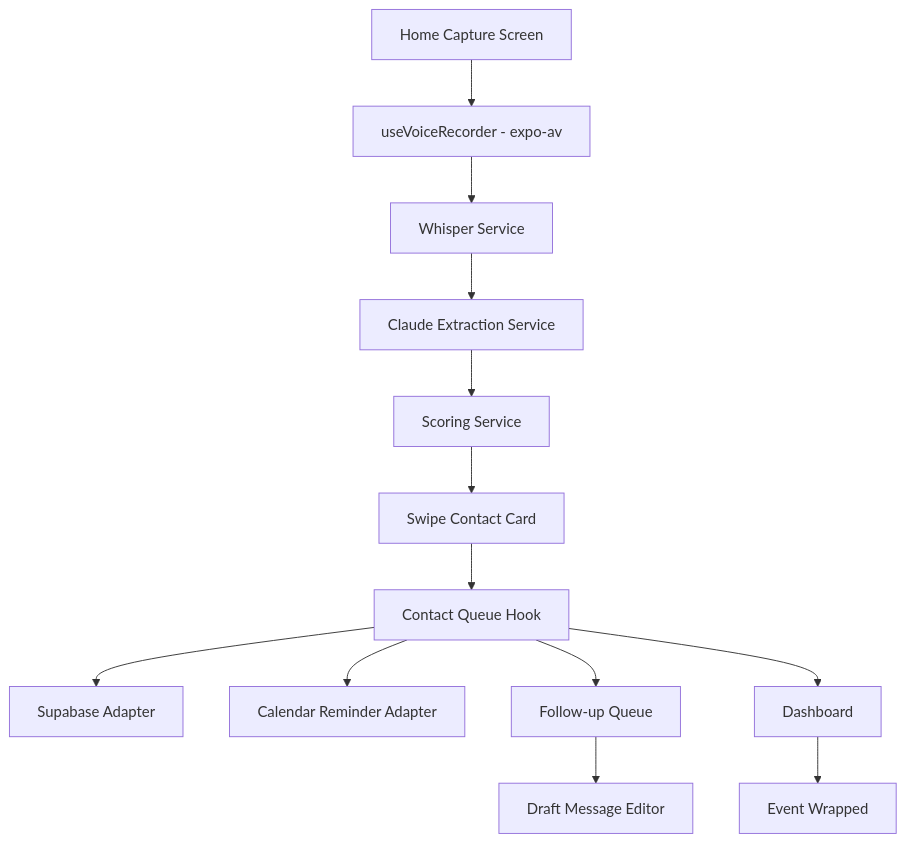
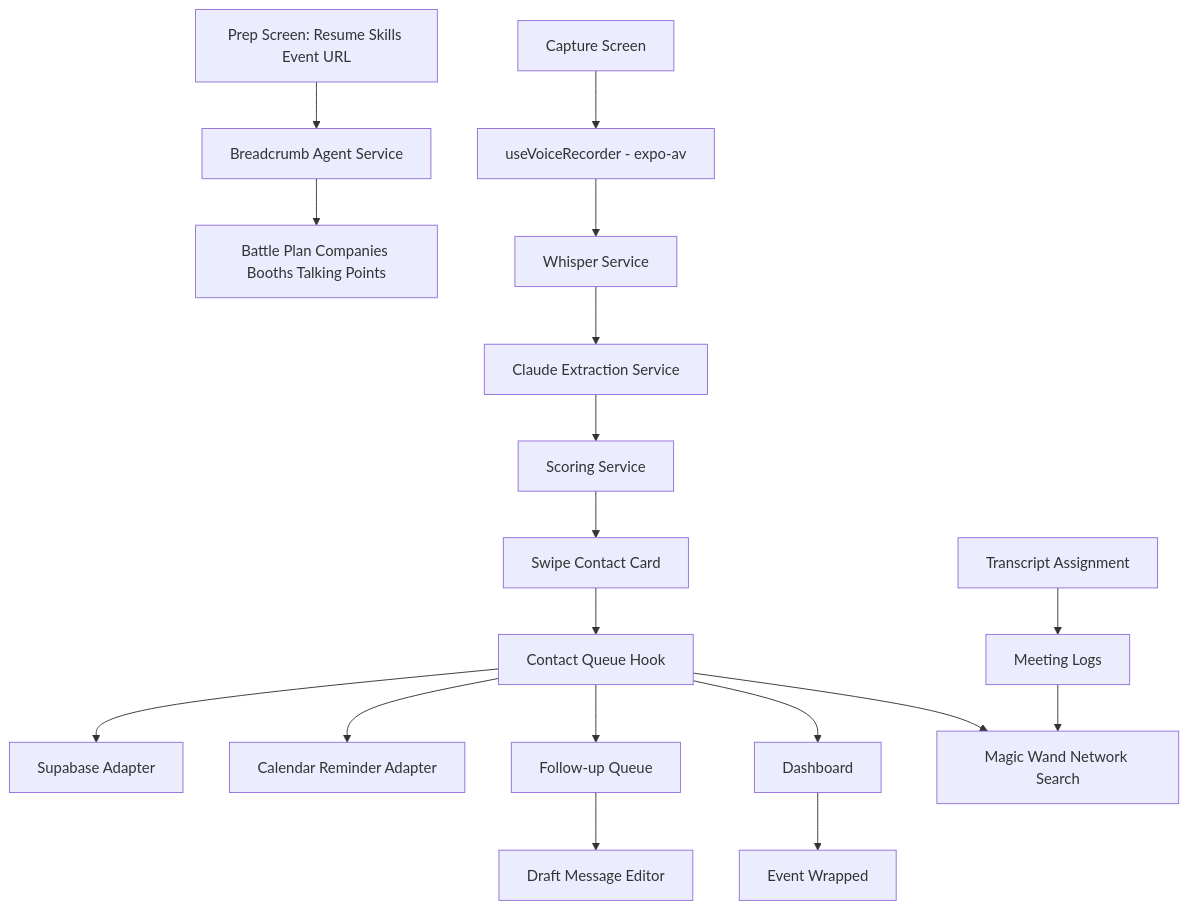
One commit to shrey-Bish/Ghosty changed the diagram in ARCHITECTURE.md. Above: the diagram before and after it, drawn with Mermaid. The commit also changed other lines of this file and 15 other files, not shown here.

Commit message:
Add Breadcrumb prep and network intelligence

````diff
--- a/ARCHITECTURE.md
+++ b/ARCHITECTURE.md
@@ -3,15 +3,20 @@
 ```mermaid
 flowchart TD
-  A[Home Capture Screen] --> B[useVoiceRecorder - expo-av]
+  P[Prep Screen: Resume Skills Event URL] --> Q[Breadcrumb Agent Service]
+  Q --> R[Battle Plan Companies Booths Talking Points]
+  A[Capture Screen] --> B[useVoiceRecorder - expo-av]
   B --> C[Whisper Service]
   C --> D[Claude Extraction Service]
   D --> E[Scoring Service]
   E --> F[Swipe Contact Card]
   F --> G[Contact Queue Hook]
   G --> H[Supabase Adapter]
   G --> I[Calendar Reminder Adapter]
   G --> J[Follow-up Queue]
   G --> K[Dashboard]
   J --> L[Draft Message Editor]
   K --> M[Event Wrapped]
+  N[Transcript Assignment] --> O[Meeting Logs]
+  O --> W[Magic Wand Network Search]
+  G --> W
 ```
````
